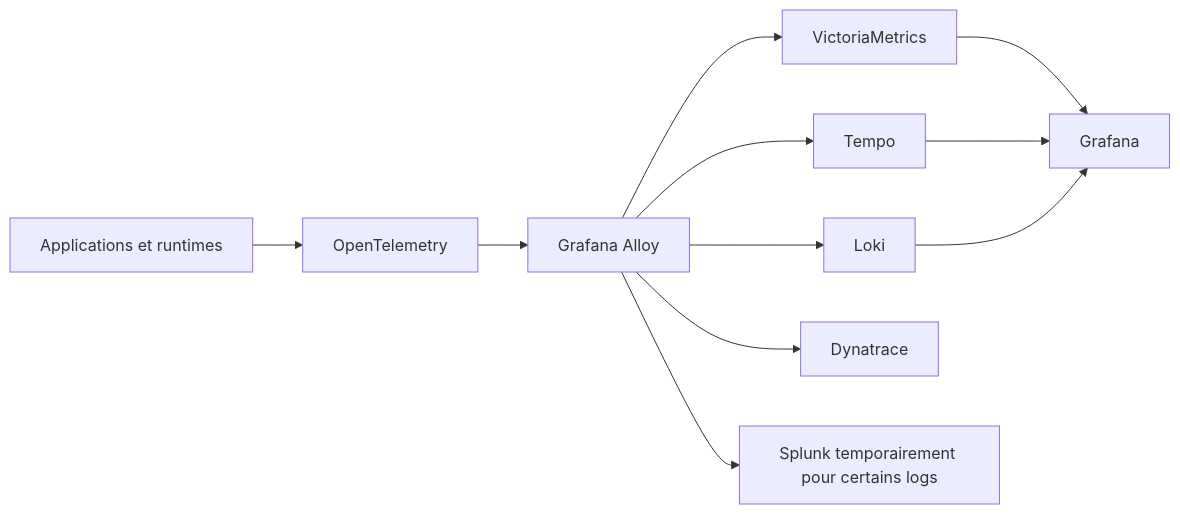
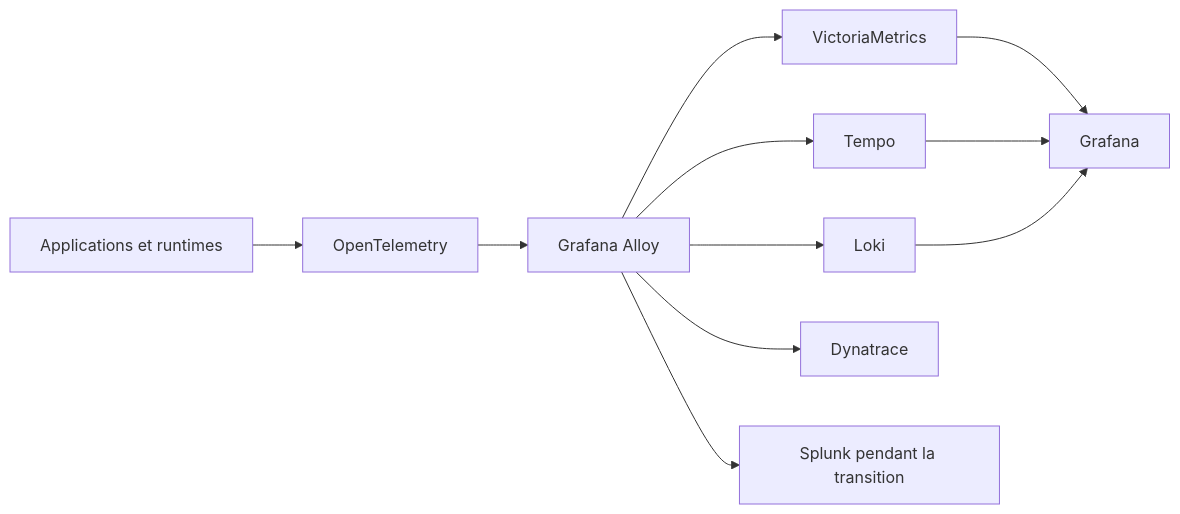
Before and after one commit to EtienneDeneuve/etiennedeneuve.github.io: the diagram in src/content/blog/2026-09-22-opentelemetry-pourquoi-je-lai-propose.md, drawn with Mermaid. The commit also changed other lines of this file, not shown here.

```diff
--- a/src/content/blog/2026-09-22-opentelemetry-pourquoi-je-lai-propose.md
+++ b/src/content/blog/2026-09-22-opentelemetry-pourquoi-je-lai-propose.md
@@ -72,15 +60,15 @@
 ~~~mermaid
 flowchart LR
     A[Applications et runtimes] --> B[OpenTelemetry]
     B --> C[Grafana Alloy]
 
     C --> D[VictoriaMetrics]
     C --> E[Tempo]
     C --> F[Loki]
     C --> G[Dynatrace]
-    C --> H[Splunk temporairement pour certains logs]
+    C --> H[Splunk pendant la transition]
 
     D --> I[Grafana]
     E --> I
     F --> I
 ~~~
```
